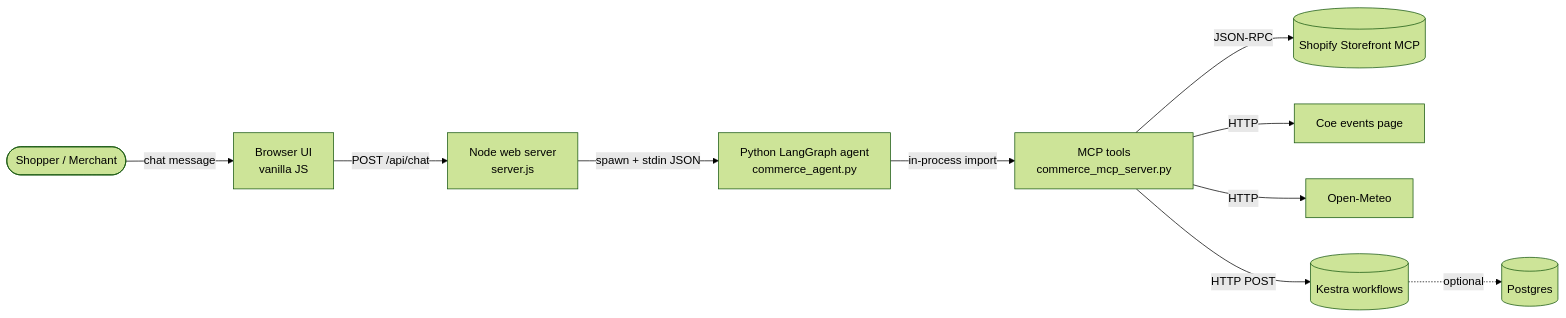
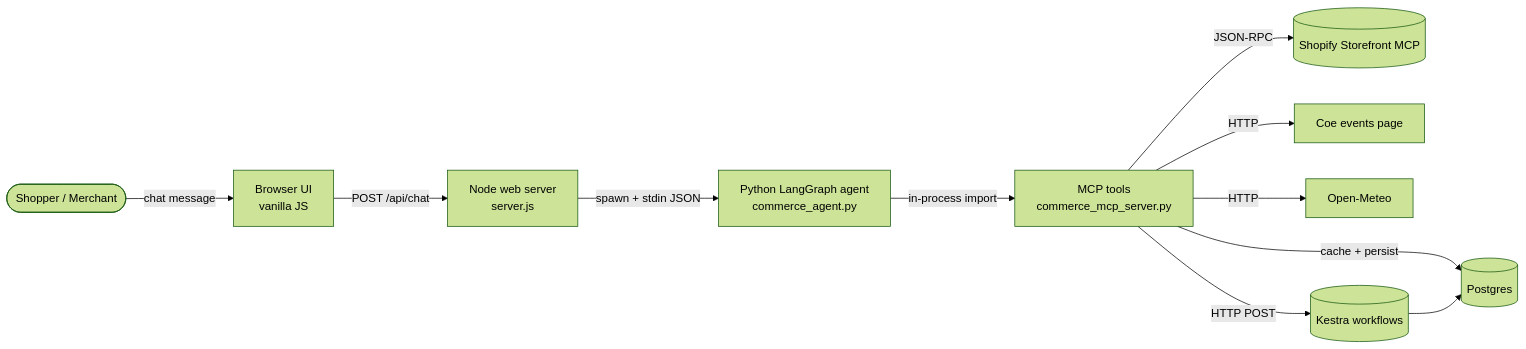
Before and after one commit to anu-kap/Agent-Based-E-commerce-app: the diagram in README.md, drawn with Mermaid (forest theme). The commit also changed other lines of this file and 7 other files, not shown here.

First line of the commit message:
Make Postgres earn its keep as Shopify cache + persistence layer

````diff
--- a/README.md
+++ b/README.md
@@ -19,12 +19,13 @@
 ```mermaid
 flowchart LR
   user([Shopper / Merchant]) -->|"chat message"| web[Browser UI<br/>vanilla JS]
   web -->|"POST /api/chat"| node[Node web server<br/>server.js]
   node -->|"spawn + stdin JSON"| agent[Python LangGraph agent<br/>commerce_agent.py]
   agent -->|"in-process import"| mcp[MCP tools<br/>commerce_mcp_server.py]
   mcp -->|"JSON-RPC"| shopify[(Shopify Storefront MCP)]
   mcp -->|"HTTP"| events[Coe events page]
   mcp -->|"HTTP"| weather[Open-Meteo]
+  mcp -->|"cache + persist"| postgres[(Postgres)]
   mcp -->|"HTTP POST"| kestra[(Kestra workflows)]
-  kestra -.optional.-> postgres[(Postgres)]
+  kestra --> postgres
 ```
````
